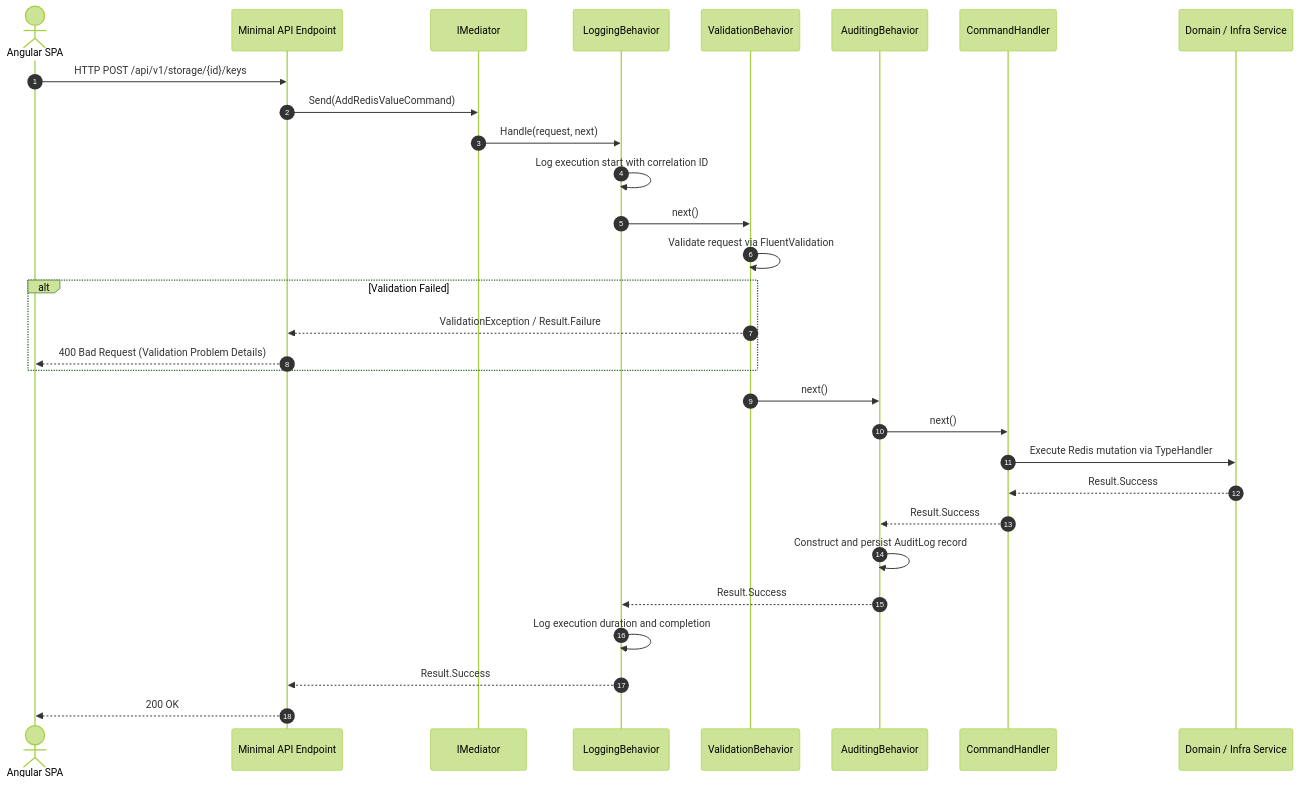
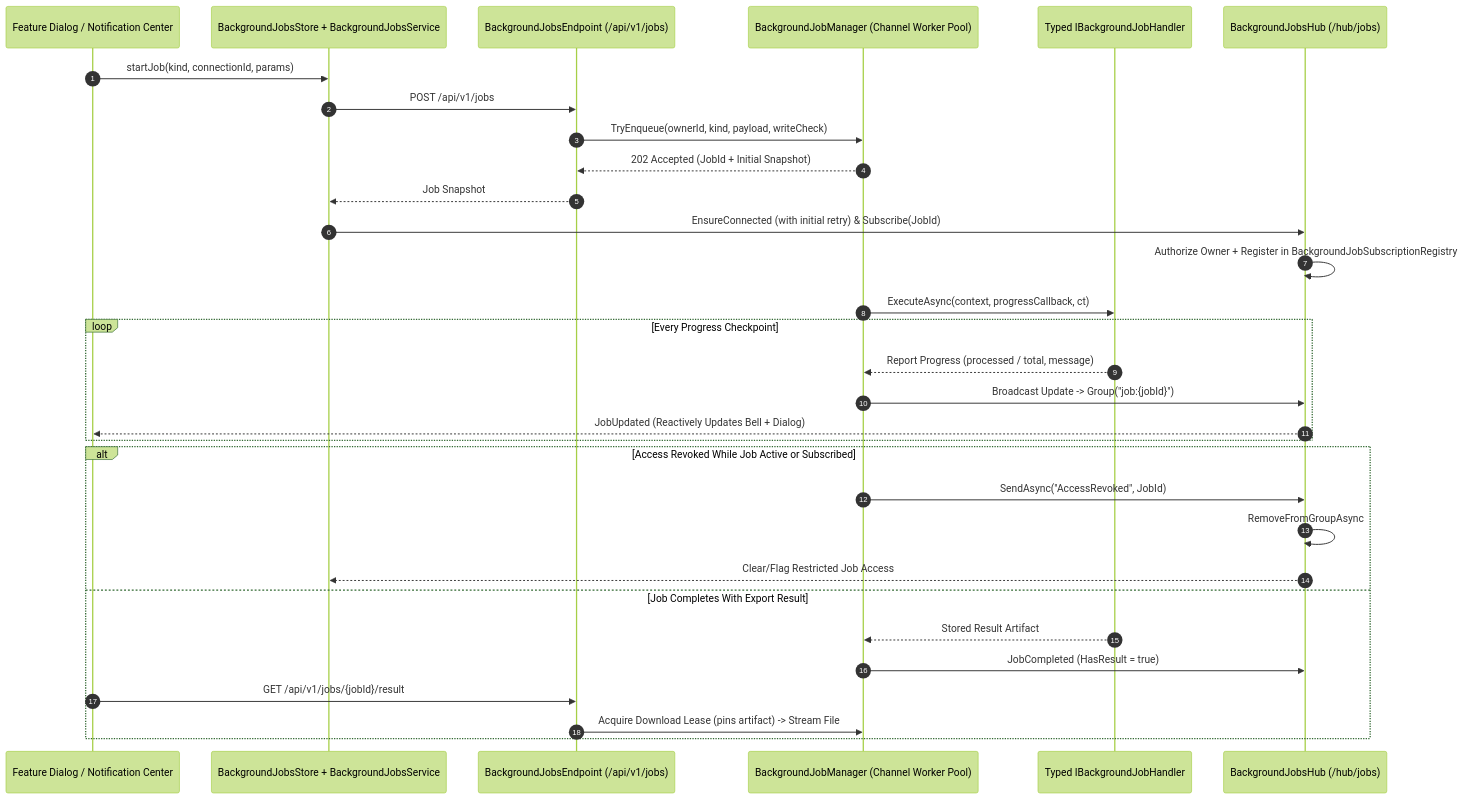
One commit to dellik95/redis-gui changed the fourth of 7 diagrams in docs/diagrams.md. Above: the diagram before and after it, drawn with Mermaid (forest theme). The commit also changed other lines of this file and 232 other files, not shown here.

Commit message:
Refactor shared auth/connection guards, fix binary key GET identity, and update docs, landing page, and screenshots

````diff
--- a/docs/diagrams.md
+++ b/docs/diagrams.md
@@ -121,37 +154,37 @@
 ```mermaid
 sequenceDiagram
     autonumber
-    actor Client as Angular SPA
-    participant Endpoint as Minimal API Endpoint
-    participant Mediator as IMediator
-    participant LogPipe as LoggingBehavior
-    participant ValPipe as ValidationBehavior
-    participant AuditPipe as AuditingBehavior
-    participant Handler as CommandHandler
-    participant Service as Domain / Infra Service
+    participant UI as Feature Dialog / Notification Center
+    participant STORE as BackgroundJobsStore + BackgroundJobsService
+    participant API as BackgroundJobsEndpoint (/api/v1/jobs)
+    participant MGR as BackgroundJobManager (Channel Worker Pool)
+    participant HANDLER as Typed IBackgroundJobHandler
+    participant HUB as BackgroundJobsHub (/hub/jobs)
 
-    Client->>Endpoint: HTTP POST /api/v1/storage/{id}/keys
-    Endpoint->>Mediator: Send(AddRedisValueCommand)
-    
-    Mediator->>LogPipe: Handle(request, next)
-    LogPipe->>LogPipe: Log execution start with correlation ID
+    UI->>STORE: startJob(kind, connectionId, params)
+    STORE->>API: POST /api/v1/jobs
+    API->>MGR: TryEnqueue(ownerId, kind, payload, writeCheck)
+    MGR-->>API: 202 Accepted (JobId + Initial Snapshot)
+    API-->>STORE: Job Snapshot
 
-    LogPipe->>ValPipe: next()
-    ValPipe->>ValPipe: Validate request via FluentValidation
-    alt Validation Failed
-        ValPipe-->>Endpoint: ValidationException / Result.Failure
-        Endpoint-->>Client: 400 Bad Request (Validation Problem Details)
+    STORE->>HUB: EnsureConnected (with initial retry) & Subscribe(JobId)
+    HUB->>HUB: Authorize Owner + Register in BackgroundJobSubscriptionRegistry
+
+    MGR->>HANDLER: ExecuteAsync(context, progressCallback, ct)
+    loop Every Progress Checkpoint
+        HANDLER-->>MGR: Report Progress (processed / total, message)
+        MGR->>HUB: Broadcast Update -> Group("job:{jobId}")
+        HUB-->>UI: JobUpdated (Reactively Updates Bell + Dialog)
     end
 
-    ValPipe->>AuditPipe: next()
-    AuditPipe->>Handler: next()
-    Handler->>Service: Execute Redis mutation via TypeHandler
-    Service-->>Handler: Result.Success
-    Handler-->>AuditPipe: Result.Success
-
-    AuditPipe->>AuditPipe: Construct and persist AuditLog record
-    AuditPipe-->>LogPipe: Result.Success
-    LogPipe->>LogPipe: Log execution duration and completion
-    LogPipe-->>Endpoint: Result.Success
-    Endpoint-->>Client: 200 OK
+    alt Access Revoked While Job Active or Subscribed
+        MGR->>HUB: SendAsync("AccessRevoked", JobId)
+        HUB->>HUB: RemoveFromGroupAsync
+        HUB-->>STORE: Clear/Flag Restricted Job Access
+    else Job Completes With Export Result
+        HANDLER-->>MGR: Stored Result Artifact
+        MGR->>HUB: JobCompleted (HasResult = true)
+        UI->>API: GET /api/v1/jobs/{jobId}/result
+        API->>MGR: Acquire Download Lease (pins artifact) -> Stream File
+    end
 ```
````
